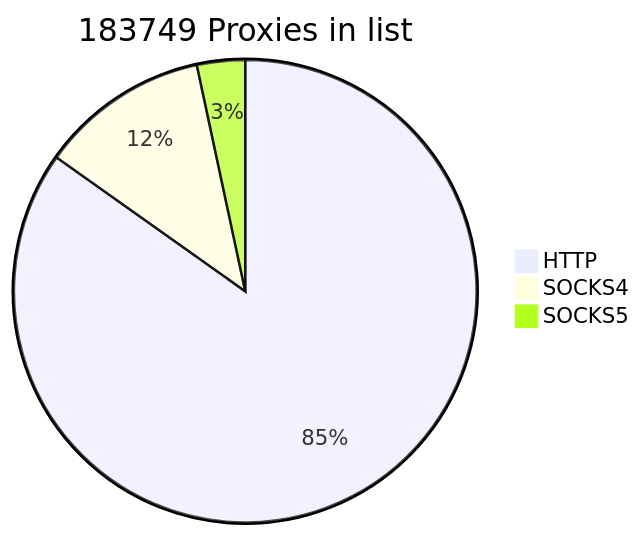
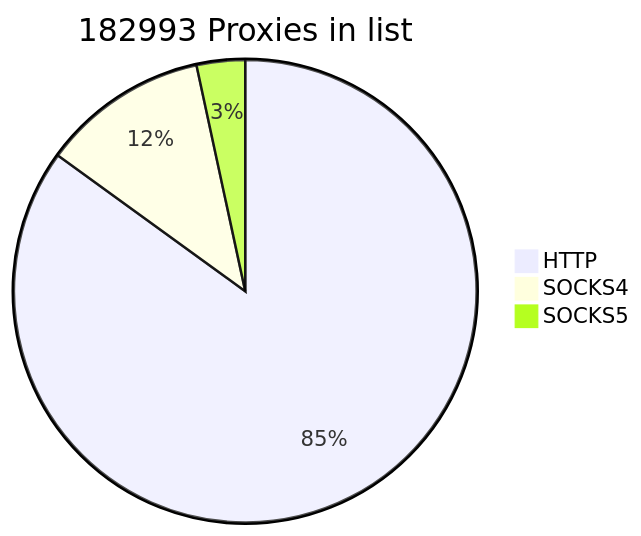
The first of 2 diagrams in README.md (cutipu/proxylist), drawn with Mermaid before and after one commit. The commit also changed other lines of this file, not shown here.

````diff
--- a/README.md
+++ b/README.md
@@ -2,7 +2,7 @@
 ```mermaid
-pie title 183749 Proxies in list
-    "HTTP" : 155852
-    "SOCKS4" : 21727
-    "SOCKS5" : 6170
+pie title 182993 Proxies in list
+    "HTTP" : 155503
+    "SOCKS4" : 21300
+    "SOCKS5" : 6190
             
 ```
````
